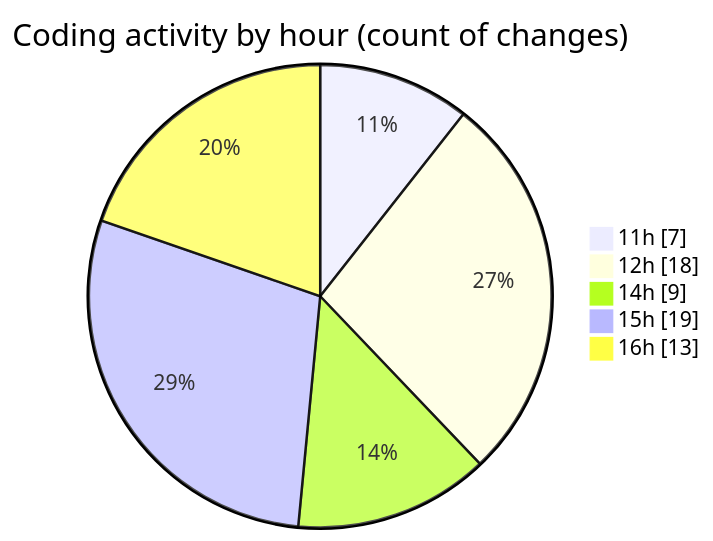
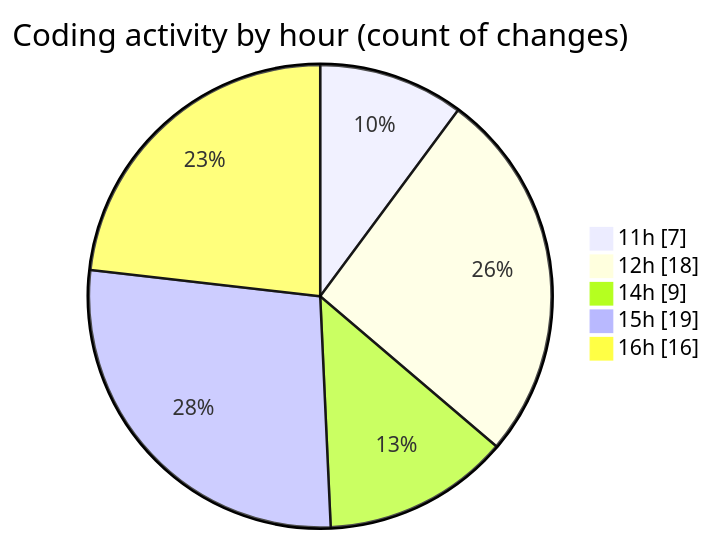
The second of 2 diagrams in 2025-09-25/nxtqube_webapp/README.md (nxtqubesakshisongat/code-tracking), drawn with Mermaid before and after one commit. The commit also changed other lines of this file and 1 other file, not shown here.

````diff
--- a/2025-09-25/nxtqube_webapp/README.md
+++ b/2025-09-25/nxtqube_webapp/README.md
@@ -34,9 +34,9 @@
 ```mermaid
 pie showData
 title Coding activity by hour (count of changes)
 "11h" : 7
 "12h" : 18
 "14h" : 9
 "15h" : 19
-"16h" : 13
+"16h" : 16
 ```
````
